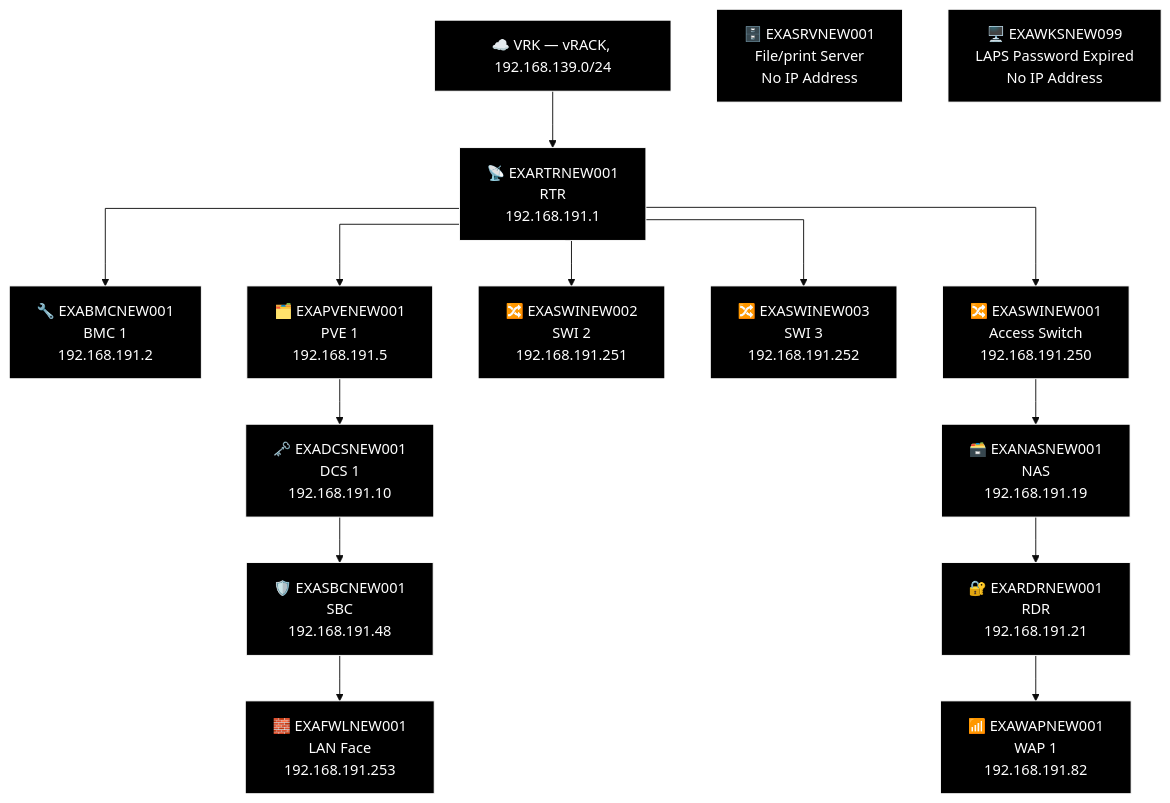
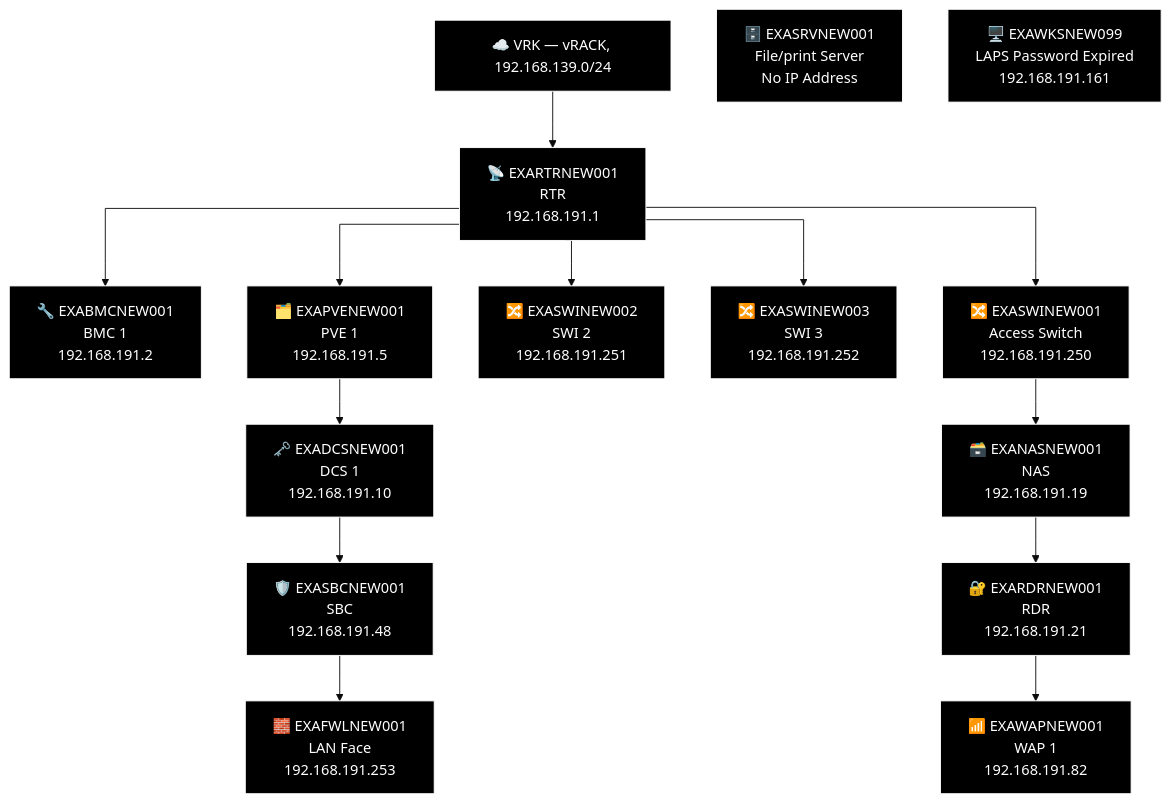
One commit to knightmare2600/example_music_infra changed diagram 15 of 27 in docs/network-diagram/england.md. Above: the diagram before and after it, drawn with Mermaid (base theme). The commit also changed other lines of this file and 11 other files, not shown here.

````diff
--- a/docs/network-diagram/england.md
+++ b/docs/network-diagram/england.md
@@ -744,44 +744,44 @@
 ```mermaid
 %% GENERATED:TOPOLOGY:NEW:START
 %%{init: {'flowchart': {'curve': 'stepAfter'}}}%%
 graph TD
     T_VRK["☁️ VRK — vRACK, 192.168.139.0/24"]
     T_RTR["📡 EXARTRNEW001<br/>RTR<br/>192.168.191.1"]
     T_VRK --> T_RTR
     T_BMC["🔧 EXABMCNEW001<br/>BMC 1<br/>192.168.191.2"]
     T_RTR --> T_BMC
     T_PVE["🗂️ EXAPVENEW001<br/>PVE 1<br/>192.168.191.5"]
     T_RTR --> T_PVE
     T_SWI["🔀 EXASWINEW002<br/>SWI 2<br/>192.168.191.251"]
     T_RTR --> T_SWI
     T_SWI2["🔀 EXASWINEW003<br/>SWI 3<br/>192.168.191.252"]
     T_RTR --> T_SWI2
     T_SWI3["🔀 EXASWINEW001<br/>Access Switch<br/>192.168.191.250"]
     T_RTR --> T_SWI3
     T_NAS["🗃️ EXANASNEW001<br/>NAS<br/>192.168.191.19"]
     T_RDR["🔐 EXARDRNEW001<br/>RDR<br/>192.168.191.21"]
     T_WAP["📶 EXAWAPNEW001<br/>WAP 1<br/>192.168.191.82"]
     T_SWI3 --> T_NAS --> T_RDR --> T_WAP
     T_DCS["🗝️ EXADCSNEW001<br/>DCS 1<br/>192.168.191.10"]
     T_SBC["🛡️ EXASBCNEW001<br/>SBC<br/>192.168.191.48"]
     T_FWL["🧱 EXAFWLNEW001<br/>LAN Face<br/>192.168.191.253"]
     T_PVE --> T_DCS --> T_SBC --> T_FWL
     T_SRV["🗄️ EXASRVNEW001<br/>File/print Server<br/>No IP Address"]
-    T_WKS["🖥️ EXAWKSNEW099<br/>LAPS Password Expired<br/>No IP Address"]
+    T_WKS["🖥️ EXAWKSNEW099<br/>LAPS Password Expired<br/>192.168.191.161"]
     style T_VRK fill:#000000,stroke:#FFFFFF,color:#FFFFFF
     style T_RTR fill:#000000,stroke:#FFFFFF,color:#FFFFFF
     style T_BMC fill:#000000,stroke:#FFFFFF,color:#FFFFFF
     style T_PVE fill:#000000,stroke:#FFFFFF,color:#FFFFFF
     style T_SWI fill:#000000,stroke:#FFFFFF,color:#FFFFFF
     style T_SWI2 fill:#000000,stroke:#FFFFFF,color:#FFFFFF
     style T_SWI3 fill:#000000,stroke:#FFFFFF,color:#FFFFFF
     style T_NAS fill:#000000,stroke:#FFFFFF,color:#FFFFFF
     style T_RDR fill:#000000,stroke:#FFFFFF,color:#FFFFFF
     style T_WAP fill:#000000,stroke:#FFFFFF,color:#FFFFFF
     style T_DCS fill:#000000,stroke:#FFFFFF,color:#FFFFFF
     style T_SBC fill:#000000,stroke:#FFFFFF,color:#FFFFFF
     style T_FWL fill:#000000,stroke:#FFFFFF,color:#FFFFFF
     style T_SRV fill:#000000,stroke:#FFFFFF,color:#FFFFFF
     style T_WKS fill:#000000,stroke:#FFFFFF,color:#FFFFFF
 %% GENERATED:TOPOLOGY:NEW:END
 ```
````
